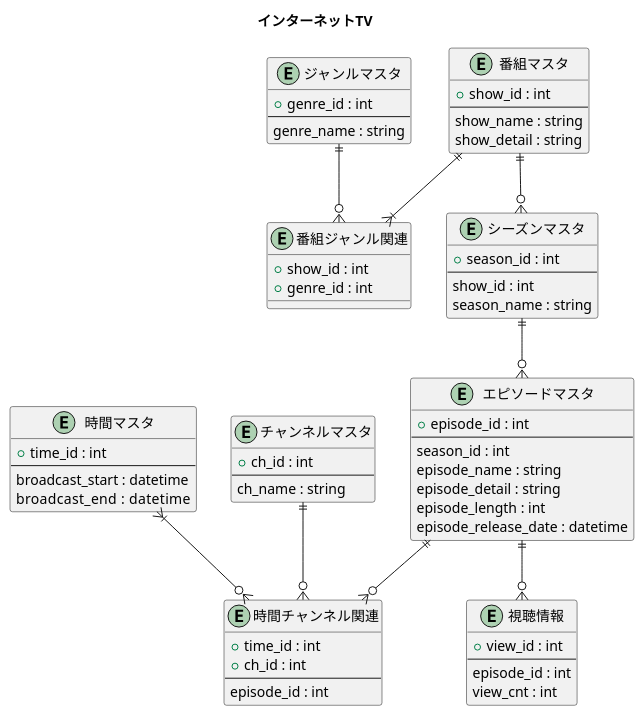
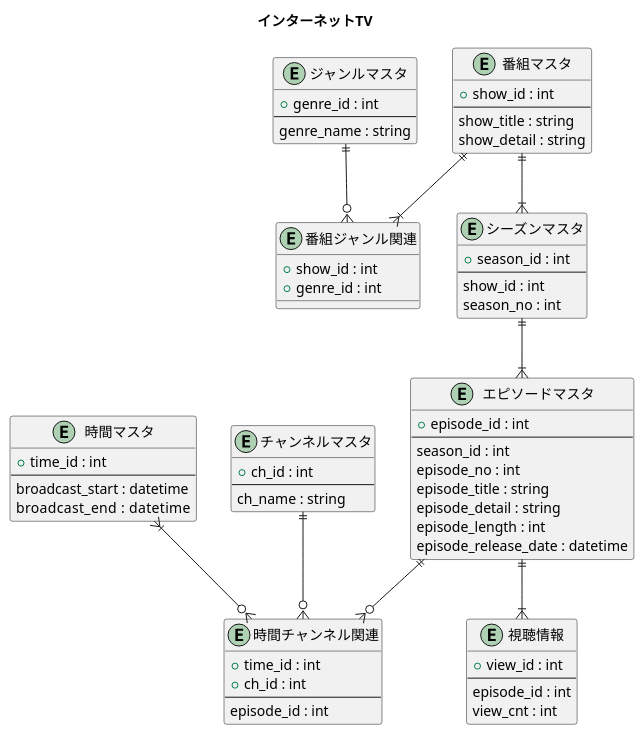
Before and after one commit to ryuseim1115/apprentice-term2: the diagram in doc/internet_tv_er.pu, drawn with PlantUML. The commit also changed 27 other files, not shown here.

```diff
--- a/doc/internet_tv_er.pu
+++ b/doc/internet_tv_er.pu
@@ -1,93 +1,94 @@
 @startuml TERM2
 title インターネットTV
 
 ' ====================
 ' 番組・ジャンル系
 ' ====================
 entity "番組マスタ" as show_master {
     + show_id : int
     --
-    show_name : string
+    show_title : string
     show_detail : string  
 }
 
 entity "ジャンルマスタ" as genre_master{
     + genre_id : int
     --
     genre_name : string
 }
 
 entity "番組ジャンル関連" as show_genre {
     + show_id : int
     + genre_id : int
 }
 
 ' ====================
 ' シーズン・エピソード系
 ' ====================
 entity "シーズンマスタ" as season_master {
     + season_id : int
     --
     show_id : int
-    season_name : string
+    season_no : int
 }
 
 entity "エピソードマスタ" as episode_master{
     + episode_id : int
     --
     season_id : int
-    episode_name : string
+    episode_no : int
+    episode_title : string
     episode_detail : string
     episode_length : int
     episode_release_date : datetime
 }
 
 ' ====================
 ' 時間・チャンネル系
 ' ====================
 entity "時間マスタ" as time_master {
     + time_id : int
     --
     broadcast_start : datetime
     broadcast_end   : datetime
 }
 
 entity "チャンネルマスタ" as ch_master {
     + ch_id : int
     --
     ch_name : string
 }
 
 entity "時間チャンネル関連" as broadcast_ch{
     + time_id : int
     + ch_id : int
     --
     episode_id : int
 }
 
 ' ====================
 ' 視聴実績系
 ' ====================
 entity "視聴情報" as view_info {
    + view_id : int
    --
    episode_id : int
    view_cnt : int
 }
 
 ' ====================
 ' リレーション
 ' ====================
-show_master   ||--o{ season_master
-season_master||--o{ episode_master
+show_master   ||--|{ season_master
+season_master||--|{ episode_master
 
 episode_master ||--o{ broadcast_ch
 time_master }|--o{ broadcast_ch
 ch_master ||--o{ broadcast_ch
 
-episode_master ||--o{ view_info
+episode_master ||--|{ view_info
 
 show_master ||--|{ show_genre
 genre_master ||--o{ show_genre
 
 @enduml
```
